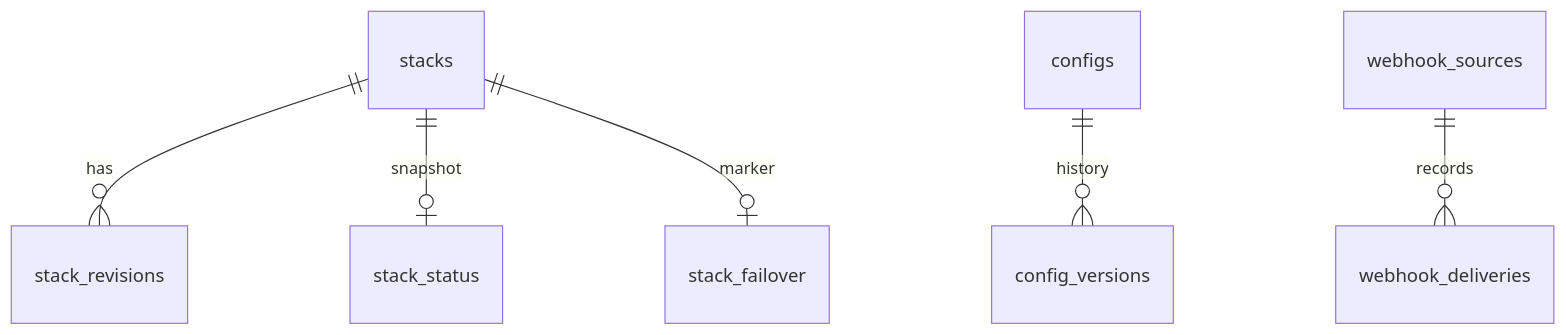
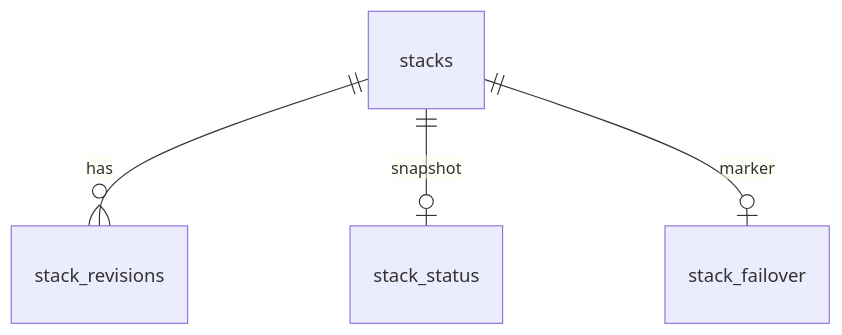
One commit to hazemarian/poor-man-cluster changed the second of 11 diagrams in docs/whitepaper.md. Above: the diagram before and after it, drawn with Mermaid. The commit also changed other lines of this file and 3 other files, not shown here.

First line of the commit message:
docs: every diagram legible at GitHub's column width

````diff
--- a/docs/whitepaper.md
+++ b/docs/whitepaper.md
@@ -105,8 +109,6 @@
 ```mermaid
 erDiagram
     stacks ||--o{ stack_revisions : has
     stacks ||--o| stack_status : snapshot
     stacks ||--o| stack_failover : marker
-    configs ||--o{ config_versions : history
-    webhook_sources ||--o{ webhook_deliveries : records
 ```
````
